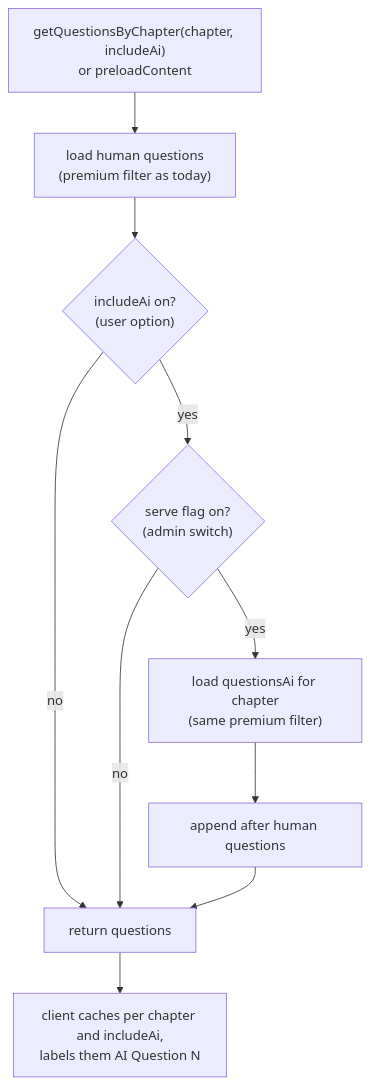
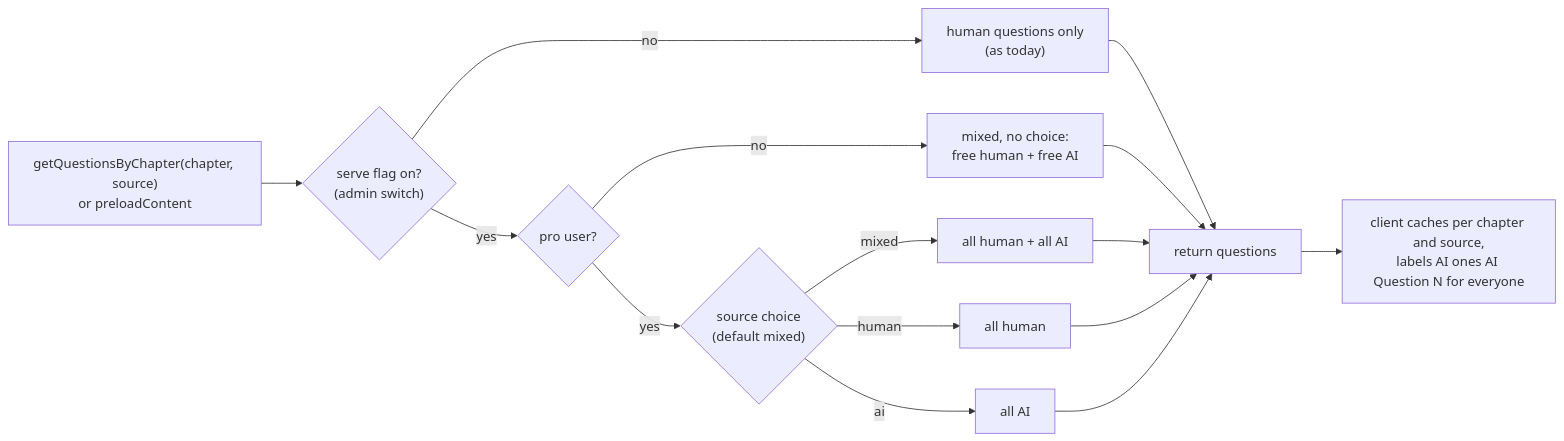
The fifth of 5 diagrams in docs/ai-question-flow.md (alexmcdermid/real-estate-quest), drawn with Mermaid before and after one commit. The commit also changed other lines of this file, not shown here.

First line of the commit message:
docs: record decisions on AI question access and volume

````diff
--- a/docs/ai-question-flow.md
+++ b/docs/ai-question-flow.md
@@ -143,12 +143,17 @@
 ```mermaid
-flowchart TD
-  CALL["getQuestionsByChapter(chapter, includeAi)<br/>or preloadContent"] --> H["load human questions<br/>(premium filter as today)"]
-  H --> T{"includeAi on?<br/>(user option)"}
-  T -- no --> OUT["return questions"]
-  T -- yes --> S{"serve flag on?<br/>(admin switch)"}
-  S -- no --> OUT
-  S -- yes --> AI["load questionsAi for chapter<br/>(same premium filter)"]
-  AI --> MERGE["append after human questions"]
-  MERGE --> OUT
-  OUT --> CLIENT["client caches per chapter and includeAi,<br/>labels them AI Question N"]
+flowchart LR
+  CALL["getQuestionsByChapter(chapter, source)<br/>or preloadContent"] --> S{"serve flag on?<br/>(admin switch)"}
+  S -- no --> OFF["human questions only<br/>(as today)"]
+  S -- yes --> P{"pro user?"}
+  P -- no --> FREE["mixed, no choice:<br/>free human + free AI"]
+  P -- yes --> SRC{"source choice<br/>(default mixed)"}
+  SRC -- mixed --> MIX["all human + all AI"]
+  SRC -- human --> HUM["all human"]
+  SRC -- ai --> AIO["all AI"]
+  OFF --> OUT["return questions"]
+  FREE --> OUT
+  MIX --> OUT
+  HUM --> OUT
+  AIO --> OUT
+  OUT --> CLIENT["client caches per chapter and source,<br/>labels AI ones AI Question N for everyone"]
 ```
````
